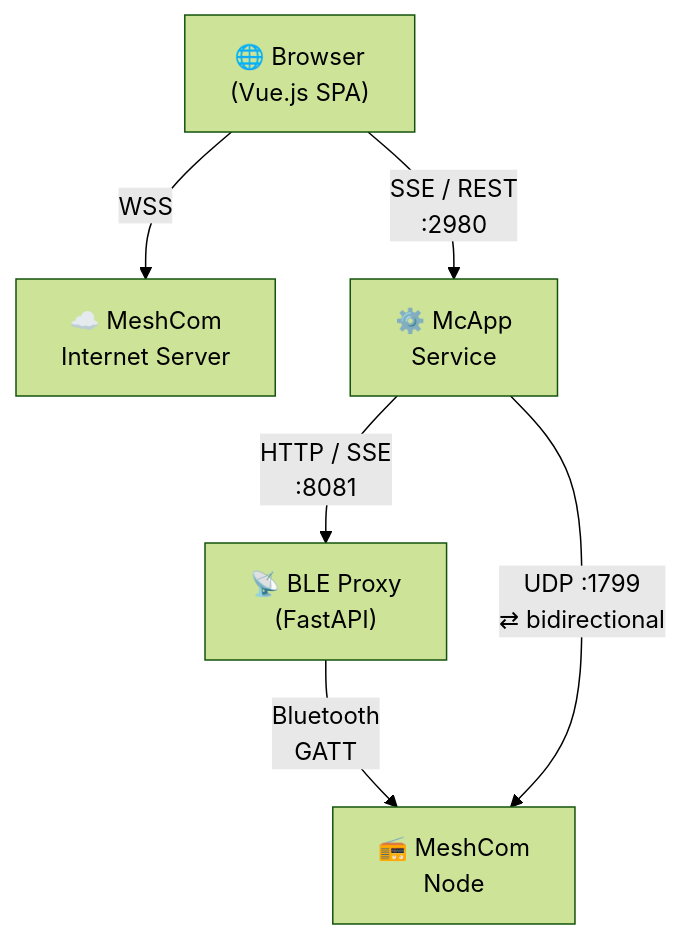
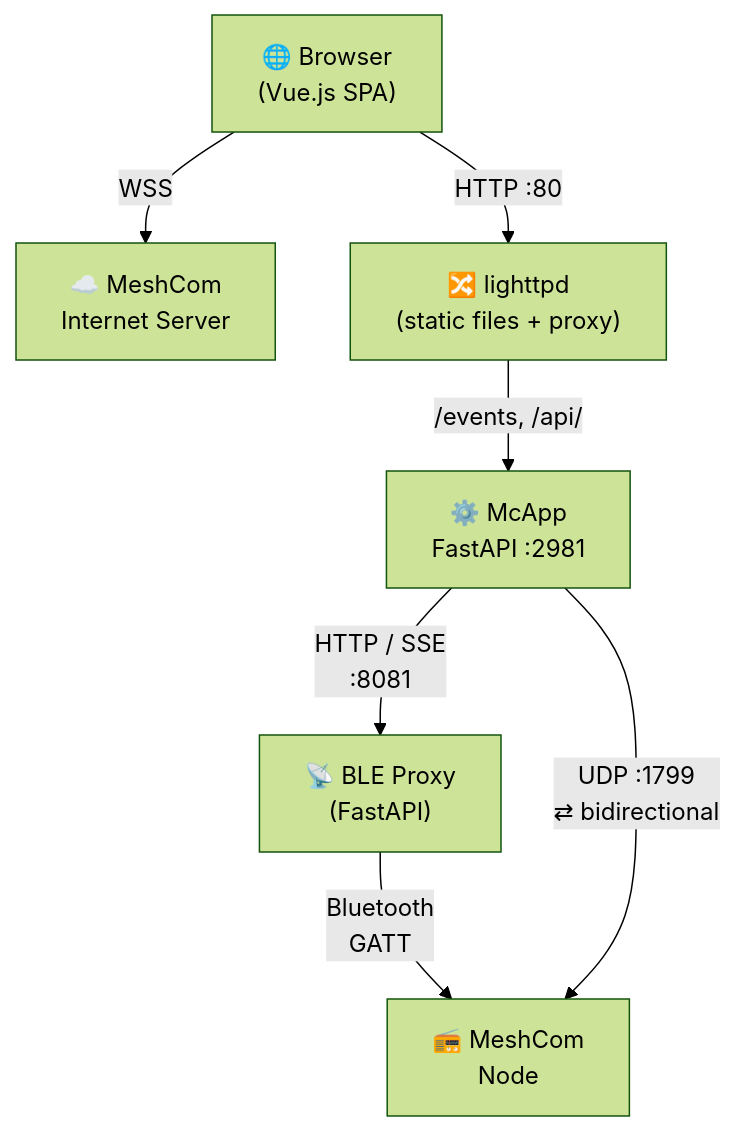
The diagram in README.md (DK5EN/McApp), drawn with Mermaid (forest theme) before and after one commit. The commit also changed other lines of this file and 24 other files, not shown here.

First line of the commit message:
[feat] Remove WebSocket, add lighttpd proxy rules, add TLS remote access addon

````diff
--- a/README.md
+++ b/README.md
@@ -121,14 +164,16 @@
 ```mermaid
 graph TD
     Browser["🌐 Browser<br/>(Vue.js SPA)"]
 
     Browser -- "WSS" --> MeshComServer["☁️ MeshCom<br/>Internet Server"]
 
-    Browser -- "SSE / REST<br/>:2980" --> McApp["⚙️ McApp<br/>Service"]
+    Browser -- "HTTP :80" --> Lighttpd["🔀 lighttpd<br/>(static files + proxy)"]
+
+    Lighttpd -- "/events, /api/" --> McApp["⚙️ McApp<br/>FastAPI :2981"]
 
     McApp -- "HTTP / SSE<br/>:8081" --> BLEProxy["📡 BLE Proxy<br/>(FastAPI)"]
 
     BLEProxy -- "Bluetooth<br/>GATT" --> MeshComNode["📻 MeshCom<br/>Node"]
 
     McApp -- "UDP :1799<br/>⇄ bidirectional" --> MeshComNode
 ```
````
